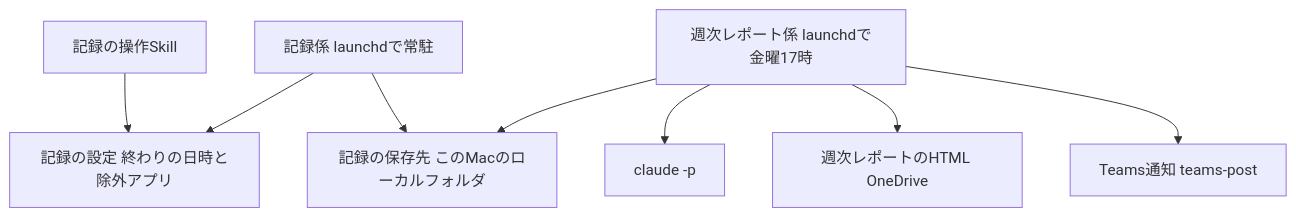
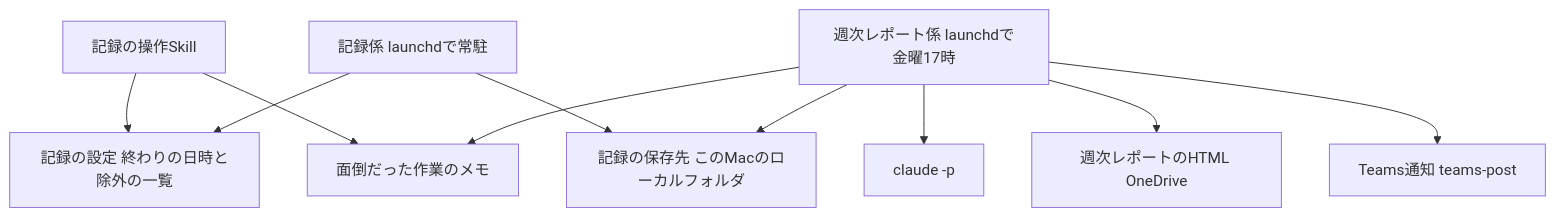
One commit to dnode-ryosuke-yamazaki/study changed the second of 2 diagrams in apps/routine-work-finder/specs/architecture.md. Above: the diagram before and after it, drawn with Mermaid. The commit also changed other lines of this file and 4 other files, not shown here.

````diff
--- a/apps/routine-work-finder/specs/architecture.md
+++ b/apps/routine-work-finder/specs/architecture.md
@@ -30,18 +32,21 @@
 ```mermaid
 flowchart TB
     skill["記録の操作Skill"]
-    config["記録の設定 終わりの日時と除外アプリ"]
+    config["記録の設定 終わりの日時と除外の一覧"]
+    memo["面倒だった作業のメモ"]
     recorder["記録係 launchdで常駐"]
     store["記録の保存先 このMacのローカルフォルダ"]
     reporter["週次レポート係 launchdで金曜17時"]
     claude["claude -p"]
     html["週次レポートのHTML OneDrive"]
     notify["Teams通知 teams-post"]
     skill --> config
+    skill --> memo
     recorder --> config
     recorder --> store
     reporter --> store
+    reporter --> memo
     reporter --> claude
     reporter --> html
     reporter --> notify
 ```
````
